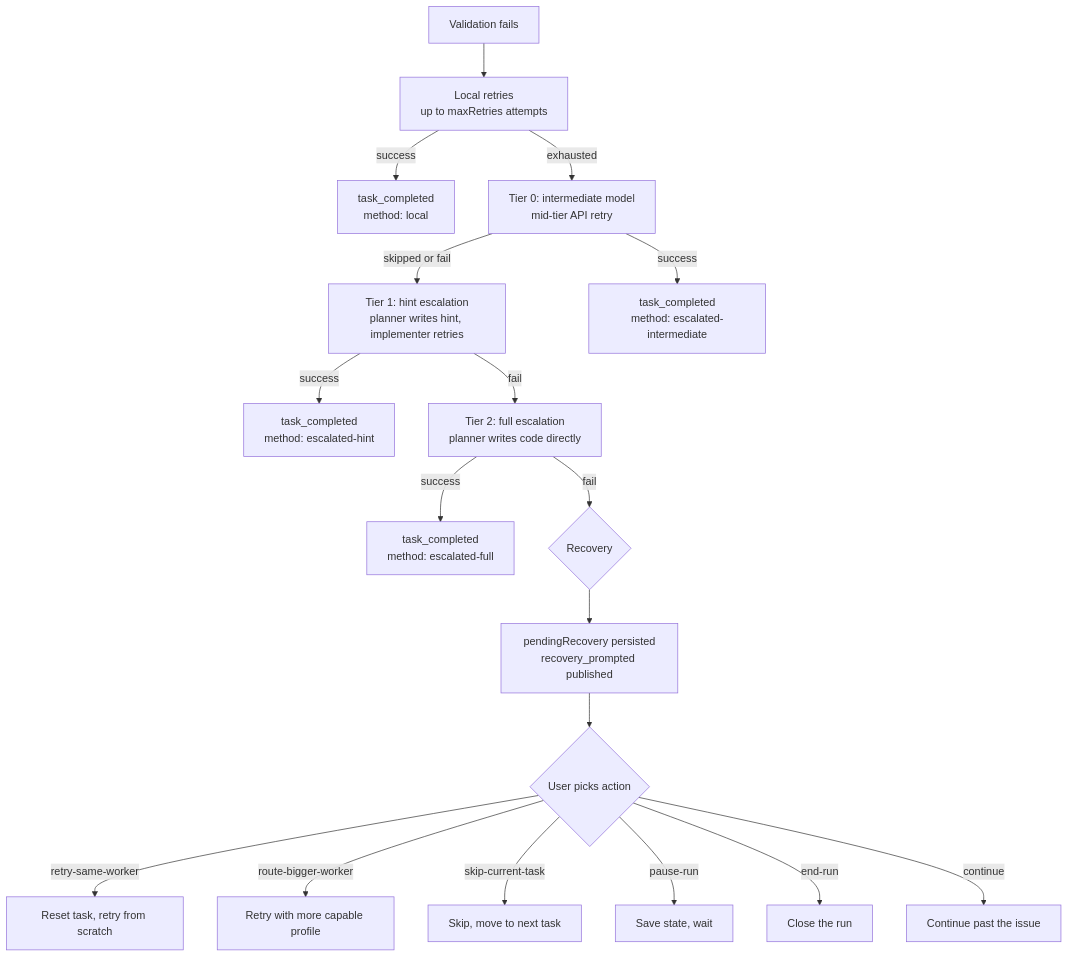
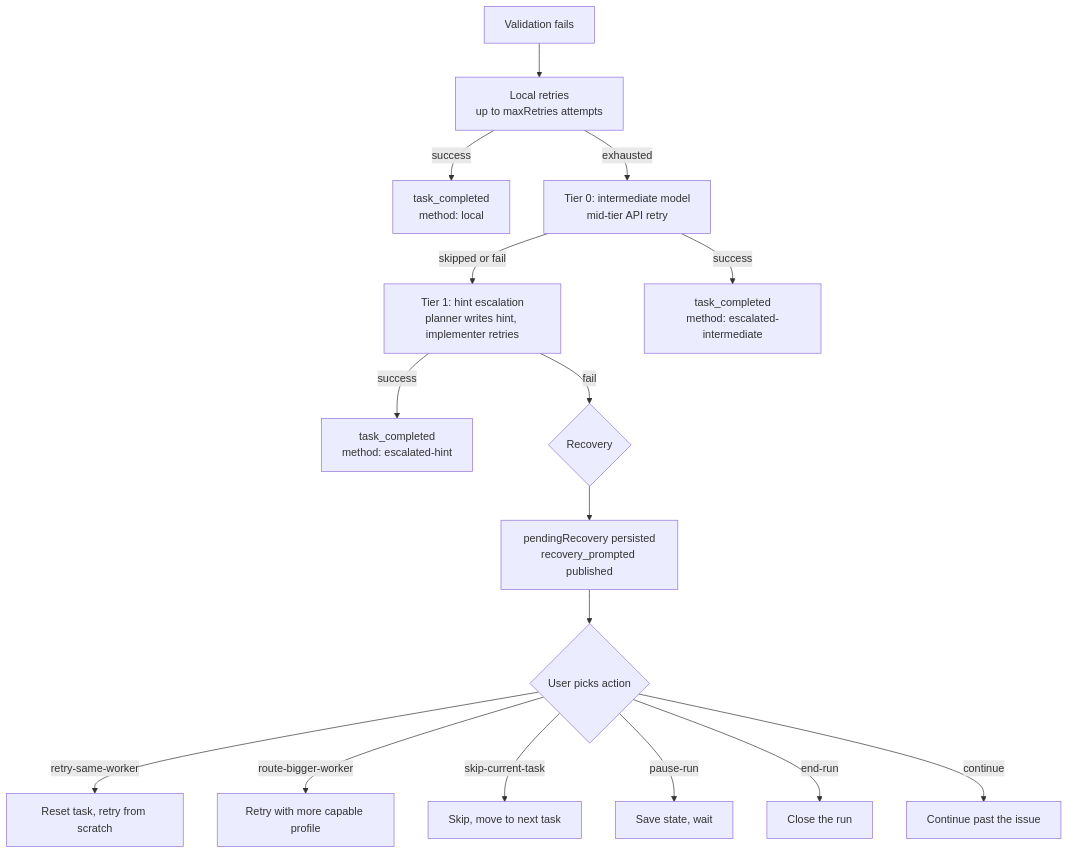
The diagram in docs/APPROVAL-AND-RECOVERY.md (b4r7x/splitbrief), drawn with Mermaid before and after one commit. The commit also changed other lines of this file and 608 other files, not shown here.

````diff
--- a/docs/APPROVAL-AND-RECOVERY.md
+++ b/docs/APPROVAL-AND-RECOVERY.md
@@ -146,20 +148,18 @@
 ```mermaid
 flowchart TD
     VF[Validation fails] --> LR[Local retries<br/>up to maxRetries attempts]
     LR -->|success| DONE[task_completed<br/>method: local]
     LR -->|exhausted| T0[Tier 0: intermediate model<br/>mid-tier API retry]
     T0 -->|skipped or fail| T1[Tier 1: hint escalation<br/>planner writes hint, implementer retries]
     T0 -->|success| DONE0[task_completed<br/>method: escalated-intermediate]
     T1 -->|success| DONE1[task_completed<br/>method: escalated-hint]
-    T1 -->|fail| T2[Tier 2: full escalation<br/>planner writes code directly]
-    T2 -->|success| DONE2[task_completed<br/>method: escalated-full]
-    T2 -->|fail| REC{Recovery}
+    T1 -->|fail| REC{Recovery}
     REC --> PROMPT[pendingRecovery persisted<br/>recovery_prompted published]
     PROMPT --> USER{User picks action}
     USER -->|retry-same-worker| RESET[Reset task, retry from scratch]
     USER -->|route-bigger-worker| BIGGER[Retry with more capable profile]
     USER -->|skip-current-task| SKIP[Skip, move to next task]
     USER -->|pause-run| PAUSE[Save state, wait]
     USER -->|end-run| ABORT[Close the run]
     USER -->|continue| CONT[Continue past the issue]
 ```
````
